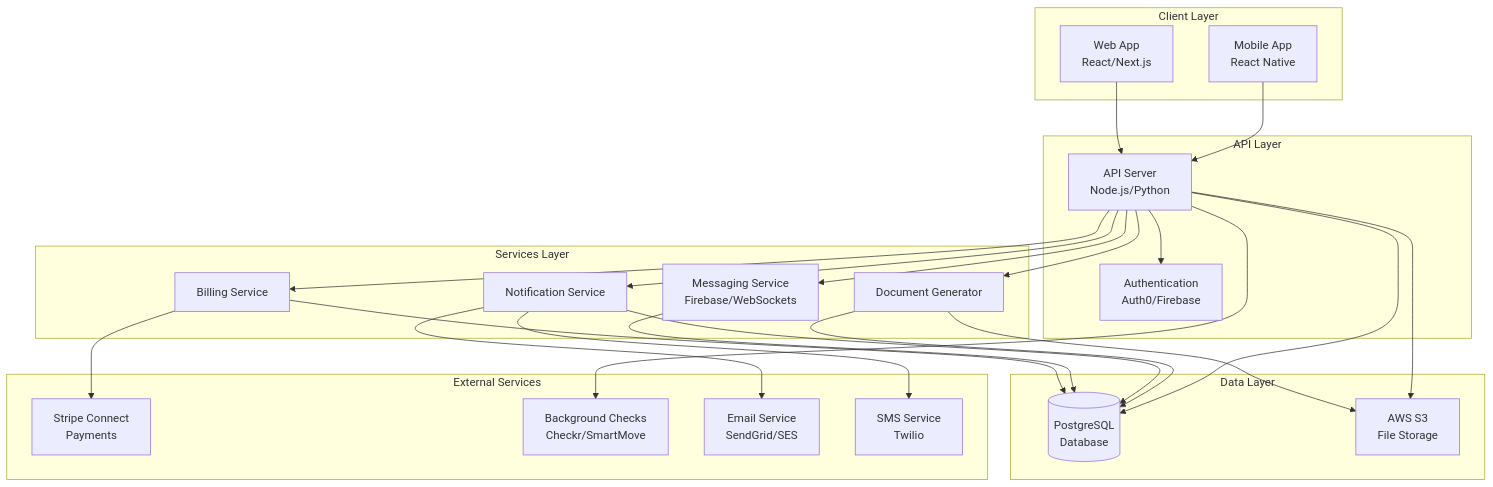
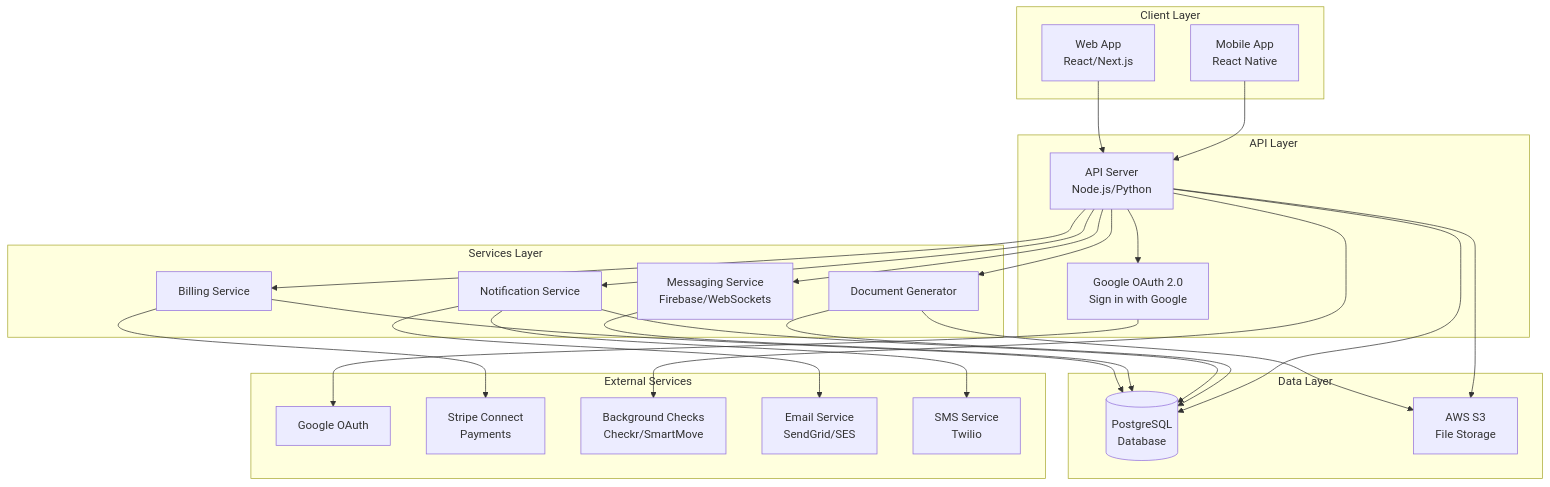
Before and after one commit to roompilotpro/roompilot: the first of 7 diagrams in docs/ROOMPILOT_PRD_v1.md, drawn with Mermaid. The commit also changed other lines of this file, not shown here.

Commit message:
Use google oauth

````diff
--- a/docs/ROOMPILOT_PRD_v1.md
+++ b/docs/ROOMPILOT_PRD_v1.md
@@ -90,53 +100,55 @@
 ```mermaid
 graph TB
     subgraph "Client Layer"
         WebApp[Web App<br/>React/Next.js]
         MobileApp[Mobile App<br/>React Native]
     end
     
     subgraph "API Layer"
         API[API Server<br/>Node.js/Python]
-        Auth[Authentication<br/>Auth0/Firebase]
+        Auth[Google OAuth 2.0<br/>Sign in with Google]
     end
     
     subgraph "Services Layer"
         Billing[Billing Service]
         Messaging[Messaging Service<br/>Firebase/WebSockets]
         Notifications[Notification Service]
         Documents[Document Generator]
     end
     
     subgraph "Data Layer"
         DB[(PostgreSQL<br/>Database)]
         S3[AWS S3<br/>File Storage]
     end
     
     subgraph "External Services"
+        Google[Google OAuth]
         Stripe[Stripe Connect<br/>Payments]
         BG[Background Checks<br/>Checkr/SmartMove]
         Email[Email Service<br/>SendGrid/SES]
         SMS[SMS Service<br/>Twilio]
     end
     
     WebApp --> API
     MobileApp --> API
     API --> Auth
+    Auth --> Google
     API --> Billing
     API --> Messaging
     API --> Notifications
     API --> Documents
     
     Billing --> DB
     Messaging --> DB
     Notifications --> DB
     Documents --> DB
     Documents --> S3
     
     API --> DB
     API --> S3
     
     Billing --> Stripe
     API --> BG
     Notifications --> Email
     Notifications --> SMS
 ```
````
